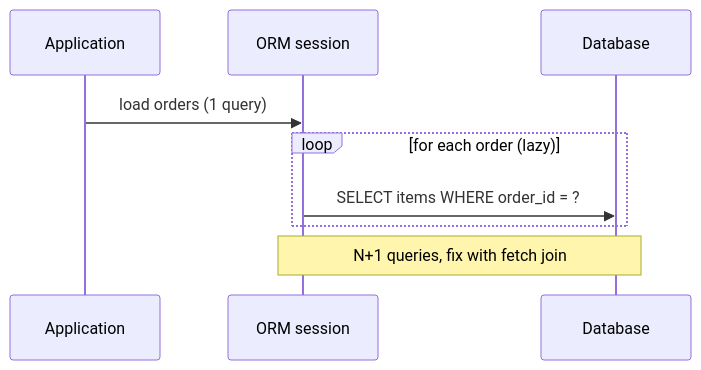
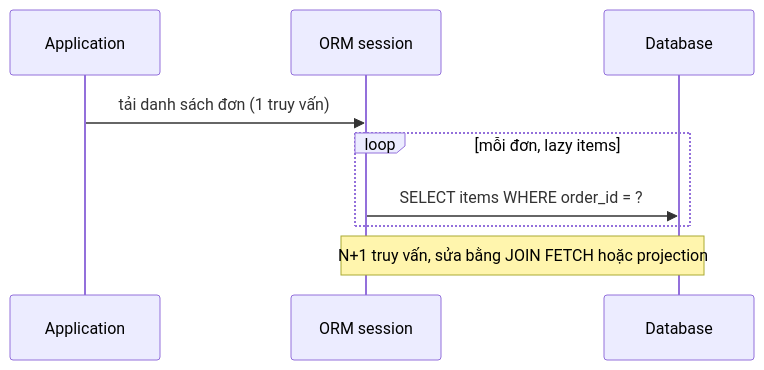
One commit to passion-Infinity/personal-tech-playbook changed the diagram in src/assets/knowledge/playbooks/backend/orm-data-access-pitfalls.md. Above: the diagram before and after it, drawn with Mermaid. The commit also changed other lines of this file and 4 other files, not shown here.

````diff
--- a/src/assets/knowledge/playbooks/backend/orm-data-access-pitfalls.md
+++ b/src/assets/knowledge/playbooks/backend/orm-data-access-pitfalls.md
@@ -17,11 +45,11 @@
 ```mermaid
 sequenceDiagram
     participant App as Application
     participant ORM as ORM session
     participant DB as Database
-    App->>ORM: load orders (1 query)
-    loop for each order (lazy)
+    App->>ORM: tải danh sách đơn (1 truy vấn)
+    loop mỗi đơn, lazy items
         ORM->>DB: SELECT items WHERE order_id = ?
     end
-    Note over ORM,DB: N+1 queries, fix with fetch join
+    Note over ORM,DB: N+1 truy vấn, sửa bằng JOIN FETCH hoặc projection
 ```
````
